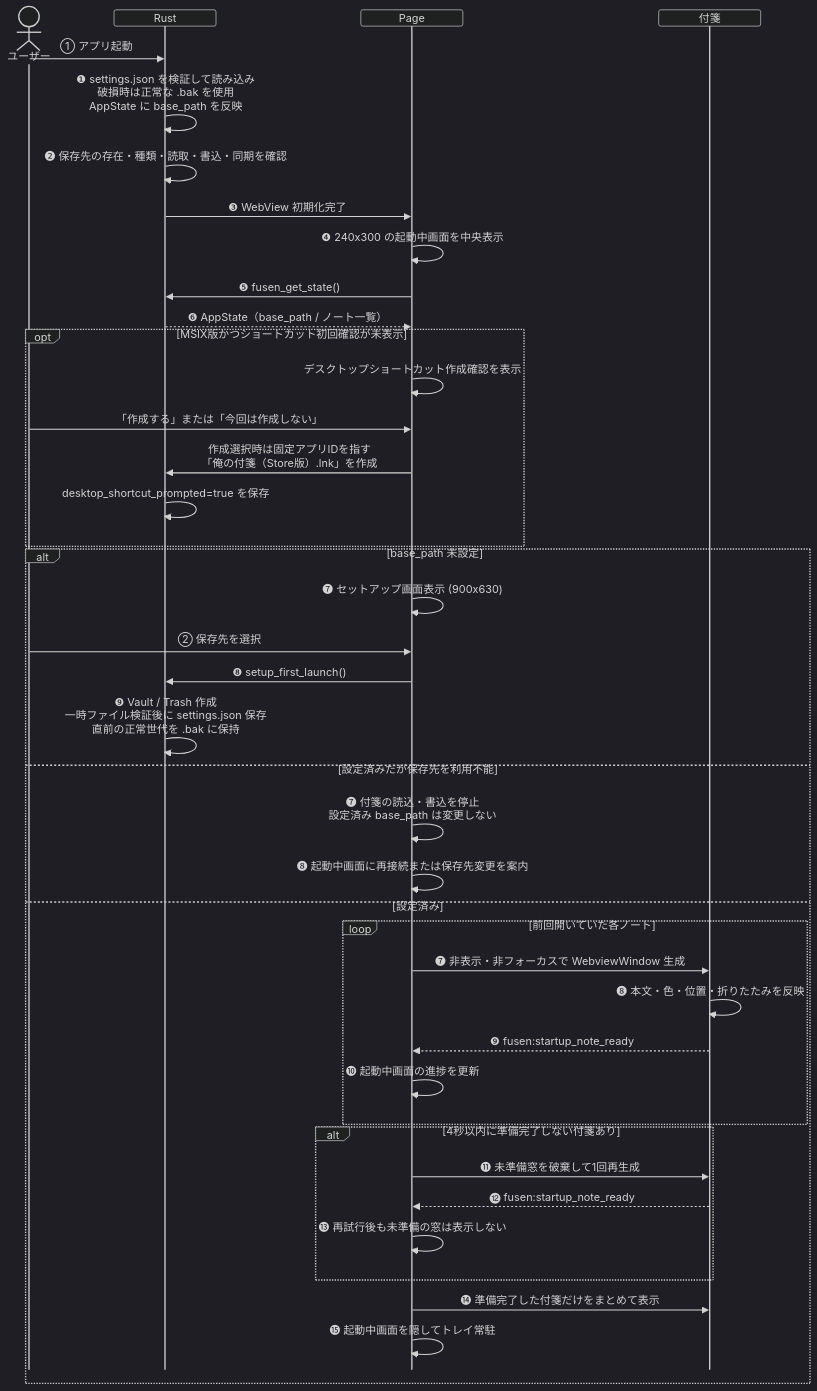
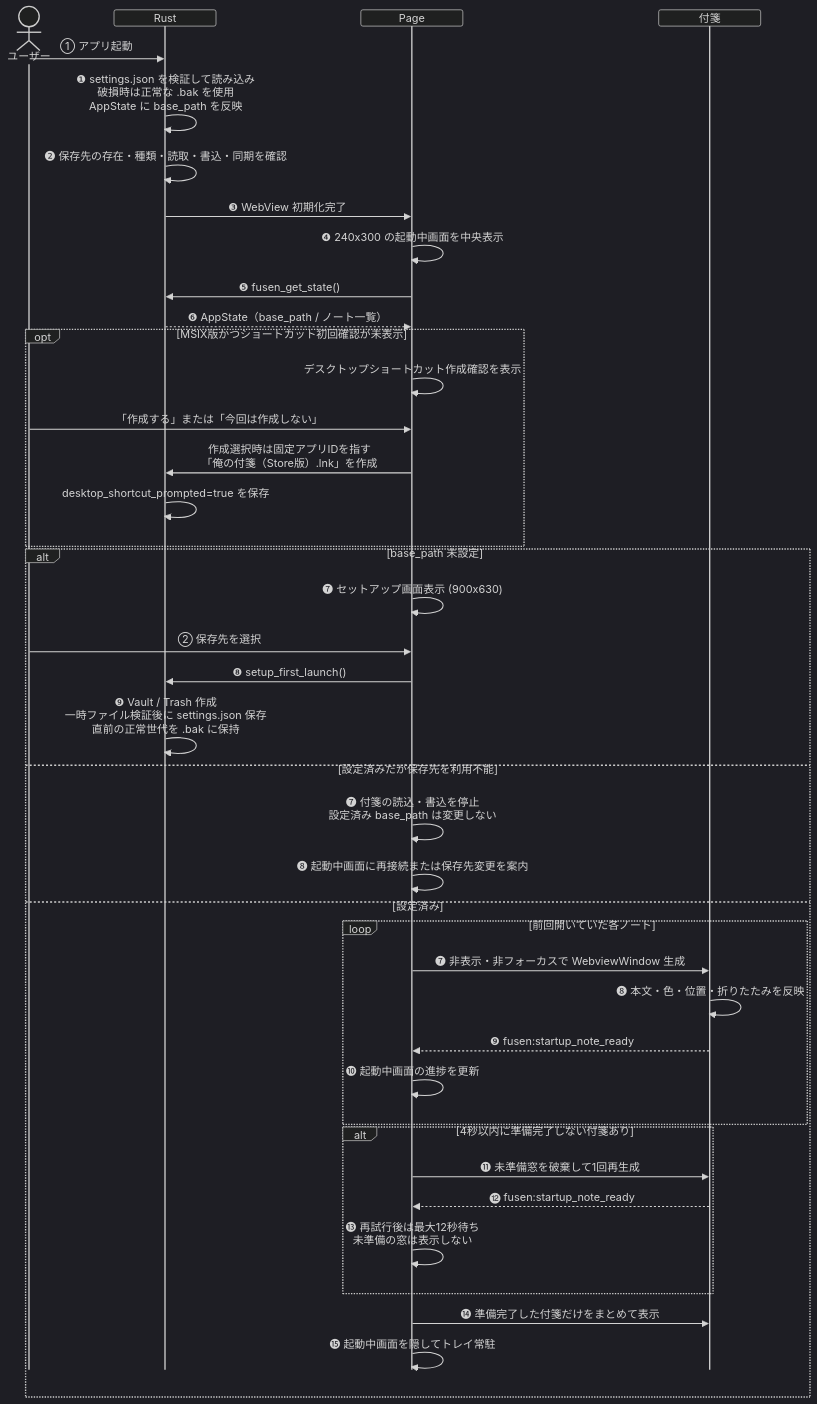
One commit to ore-no-fusen/ore-no-fusen changed the fifth of 16 diagrams in docs-v2/002_PC.md. Above: the diagram before and after it, drawn with Mermaid (dark theme). The commit also changed other lines of this file and 6 other files, not shown here.

````diff
--- a/docs-v2/002_PC.md
+++ b/docs-v2/002_PC.md
@@ -435,47 +435,47 @@
 ```mermaid
 %%{init: {'sequence': {'messageMargin': 8, 'mirrorActors': false, 'height': 24, 'boxMargin': 4, 'noteMargin': 6}}}%%
 sequenceDiagram
     actor U as ユーザー
     participant R as Rust
     participant P as Page
     participant W as 付箋
 
     U->>R: ① アプリ起動
     R->>R: ❶ settings.json を検証して読み込み<br>破損時は正常な .bak を使用<br>AppState に base_path を反映
     R->>R: ❷ 保存先の存在・種類・読取・書込・同期を確認
     R->>P: ❸ WebView 初期化完了
     P->>P: ❹ 240x300 の起動中画面を中央表示
     P->>R: ❺ fusen_get_state()
     R-->>P: ❻ AppState（base_path / ノート一覧）
 
     opt MSIX版かつショートカット初回確認が未表示
         P->>P: デスクトップショートカット作成確認を表示
         U->>P: 「作成する」または「今回は作成しない」
         P->>R: 作成選択時は固定アプリIDを指す<br>「俺の付箋（Store版）.lnk」を作成
         R->>R: desktop_shortcut_prompted=true を保存
     end
 
     alt base_path 未設定
         P->>P: ❼ セットアップ画面表示 (900x630)
         U->>P: ② 保存先を選択
         P->>R: ❽ setup_first_launch()
         R->>R: ❾ Vault / Trash 作成<br>一時ファイル検証後に settings.json 保存<br>直前の正常世代を .bak に保持
     else 設定済みだが保存先を利用不能
         P->>P: ❼ 付箋の読込・書込を停止<br>設定済み base_path は変更しない
         P->>P: ❽ 起動中画面に再接続または保存先変更を案内
     else 設定済み
         loop 前回開いていた各ノート
             P->>W: ❼ 非表示・非フォーカスで WebviewWindow 生成
             W->>W: ❽ 本文・色・位置・折りたたみを反映
             W-->>P: ❾ fusen:startup_note_ready
             P->>P: ❿ 起動中画面の進捗を更新
         end
         alt 4秒以内に準備完了しない付箋あり
             P->>W: ⓫ 未準備窓を破棄して1回再生成
             W-->>P: ⓬ fusen:startup_note_ready
-            P->>P: ⓭ 再試行後も未準備の窓は表示しない
+            P->>P: ⓭ 再試行後は最大12秒待ち<br>未準備の窓は表示しない
         end
         P->>W: ⓮ 準備完了した付箋だけをまとめて表示
         P->>P: ⓯ 起動中画面を隠してトレイ常駐
     end
 ```
````
